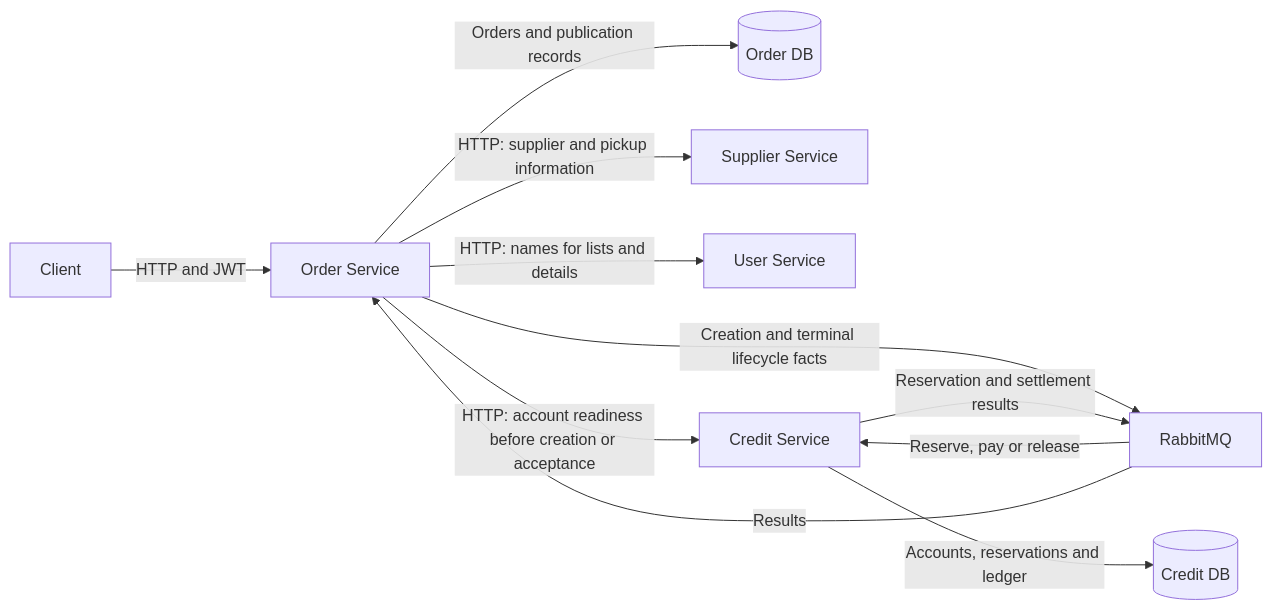
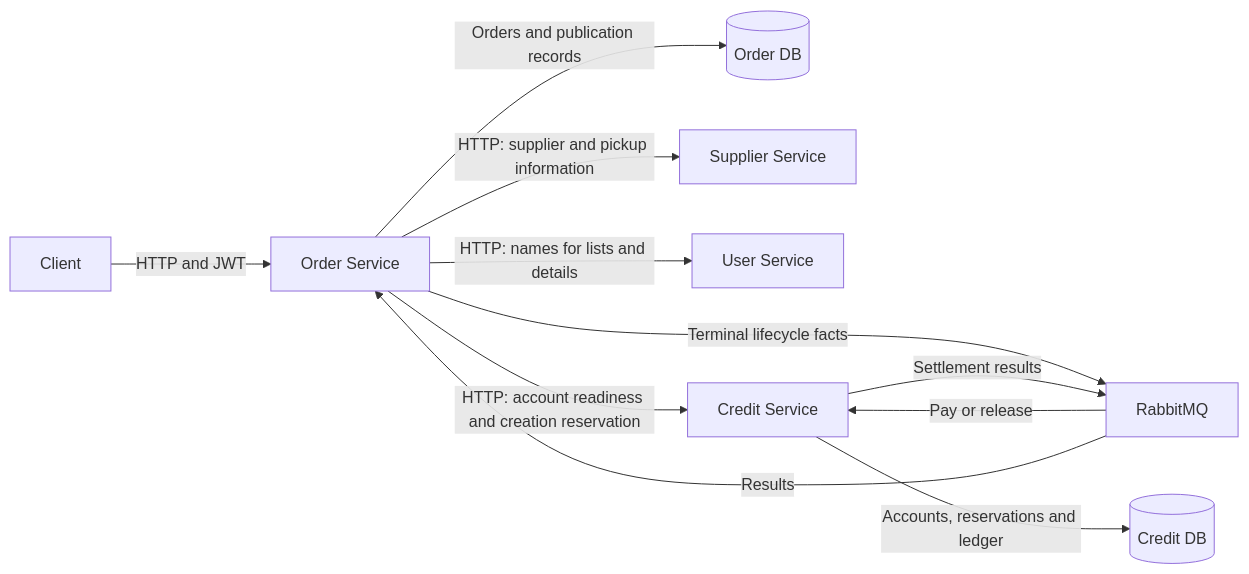
One commit to AY2627S1-CS3219-P24/FoC changed the first of 16 diagrams in order-service/README.md. Above: the diagram before and after it, drawn with Mermaid. The commit also changed other lines of this file and 26 other files, not shown here.

Commit message:
refactor(order): refactor synchronous credit reservation and simplify constraints

````diff
--- a/order-service/README.md
+++ b/order-service/README.md
@@ -25,13 +25,13 @@
 ```mermaid
 flowchart LR
     Client[Client] -->|HTTP and JWT| Order[Order Service]
     Order -->|Orders and publication records| OrderDB[(Order DB)]
     Order -->|HTTP: supplier and pickup information| Supplier[Supplier Service]
     Order -->|HTTP: names for lists and details| User[User Service]
-    Order -->|HTTP: account readiness before creation or acceptance| Credit[Credit Service]
-    Order -->|Creation and terminal lifecycle facts| MQ[RabbitMQ]
-    MQ -->|Reserve, pay or release| Credit
-    Credit -->|Reservation and settlement results| MQ
+    Order -->|HTTP: account readiness and creation reservation| Credit[Credit Service]
+    Order -->|Terminal lifecycle facts| MQ[RabbitMQ]
+    MQ -->|Pay or release| Credit
+    Credit -->|Settlement results| MQ
     MQ -->|Results| Order
     Credit -->|Accounts, reservations and ledger| CreditDB[(Credit DB)]
 ```
````
